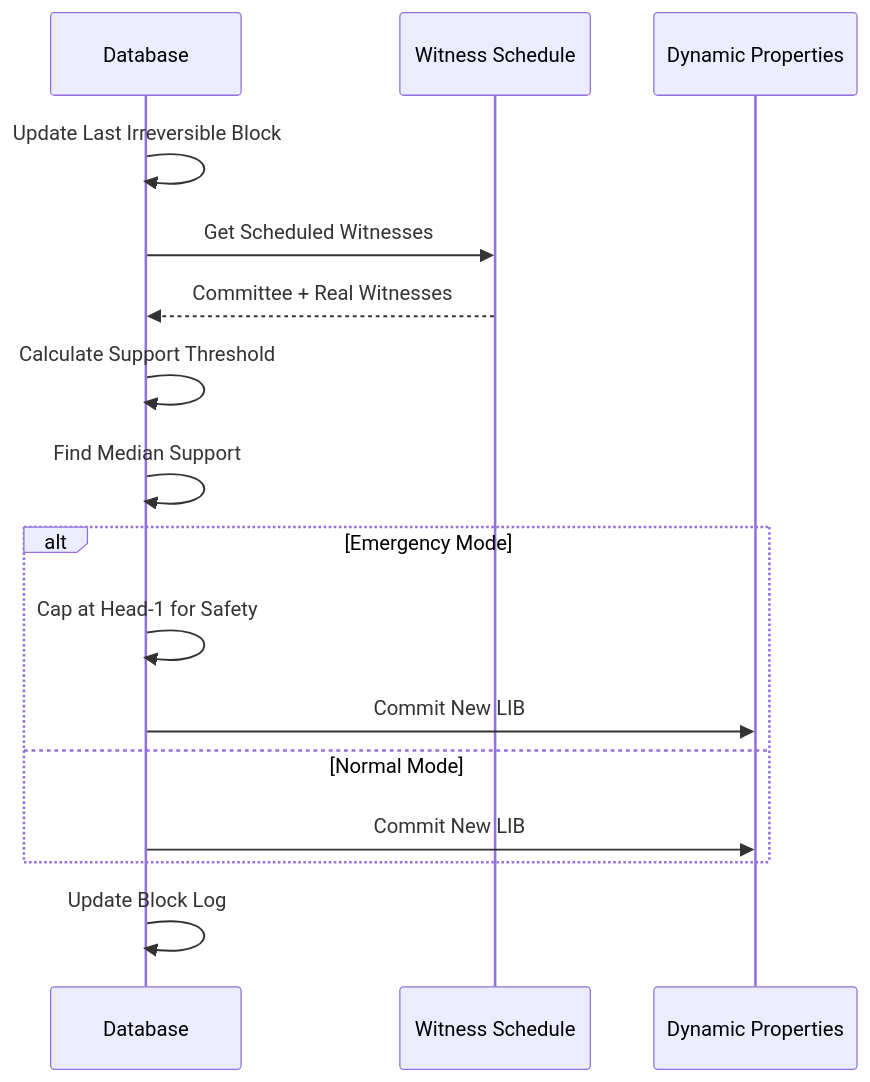
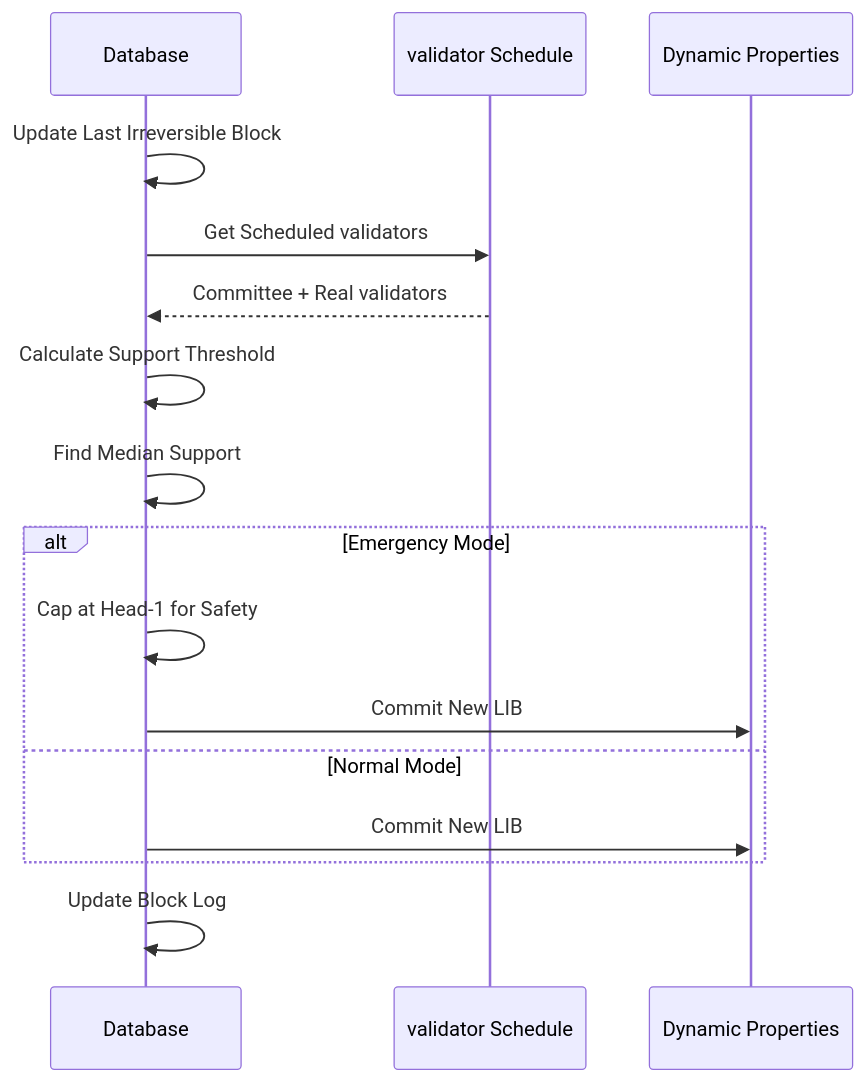
The seventh of 9 diagrams in .qoder/repowiki/en/content/Core Libraries/Emergency Consensus System.md (VIZ-Blockchain/viz-cpp-node), drawn with Mermaid before and after one commit. The commit also changed other lines of this file and 88 other files, not shown here.

First line of the commit message:
docs(validator): rename witness to validator throughout documentation

````diff
--- a/.qoder/repowiki/en/content/Core Libraries/Emergency Consensus System.md
+++ b/.qoder/repowiki/en/content/Core Libraries/Emergency Consensus System.md
@@ -370,18 +370,18 @@
 ```mermaid
 sequenceDiagram
 participant DB as Database
-participant WSO as Witness Schedule
+participant WSO as validator Schedule
 participant DPO as Dynamic Properties
 DB->>DB : Update Last Irreversible Block
-DB->>WSO : Get Scheduled Witnesses
-WSO-->>DB : Committee + Real Witnesses
+DB->>WSO : Get Scheduled validators
+WSO-->>DB : Committee + Real validators
 DB->>DB : Calculate Support Threshold
 DB->>DB : Find Median Support
 alt Emergency Mode
 DB->>DB : Cap at Head-1 for Safety
 DB->>DPO : Commit New LIB
 else Normal Mode
 DB->>DPO : Commit New LIB
 end
 DB->>DB : Update Block Log
 ```
````
